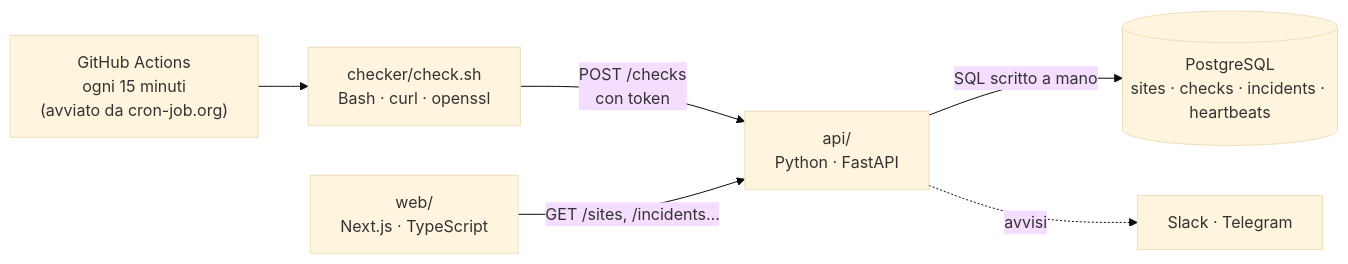
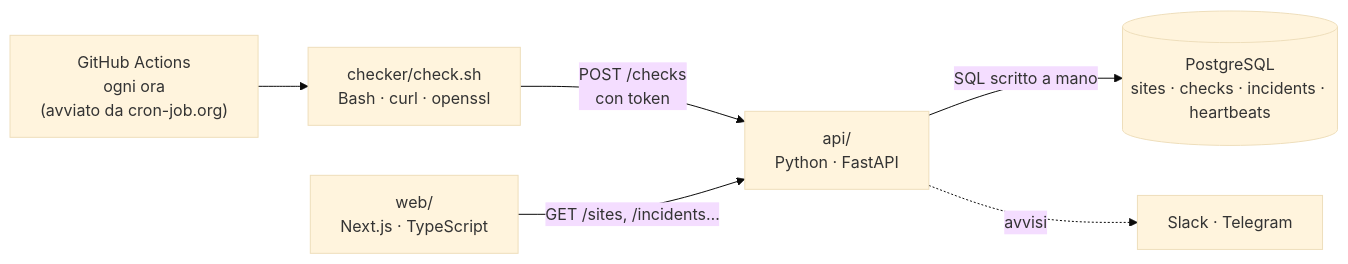
The diagram in README.md (sofianekhatib30-ui/polso), drawn with Mermaid (base theme) before and after one commit. The commit also changed other lines of this file and 10 other files, not shown here.

First line of the commit message:
Polso: controlli ogni ora invece che ogni 15 minuti

````diff
--- a/README.md
+++ b/README.md
@@ -12,8 +12,8 @@
 ```mermaid
 flowchart LR
-    GA["GitHub Actions<br/>ogni 15 minuti<br/>(avviato da cron-job.org)"] --> C["checker/check.sh<br/>Bash · curl · openssl"]
+    GA["GitHub Actions<br/>ogni ora<br/>(avviato da cron-job.org)"] --> C["checker/check.sh<br/>Bash · curl · openssl"]
     C -- "POST /checks<br/>con token" --> A["api/<br/>Python · FastAPI"]
     A -- "SQL scritto a mano" --> D[("PostgreSQL<br/>sites · checks · incidents · heartbeats")]
     W["web/<br/>Next.js · TypeScript"] -- "GET /sites, /incidents…" --> A
     A -. "avvisi" .-> T["Slack · Telegram"]
 ```
````
